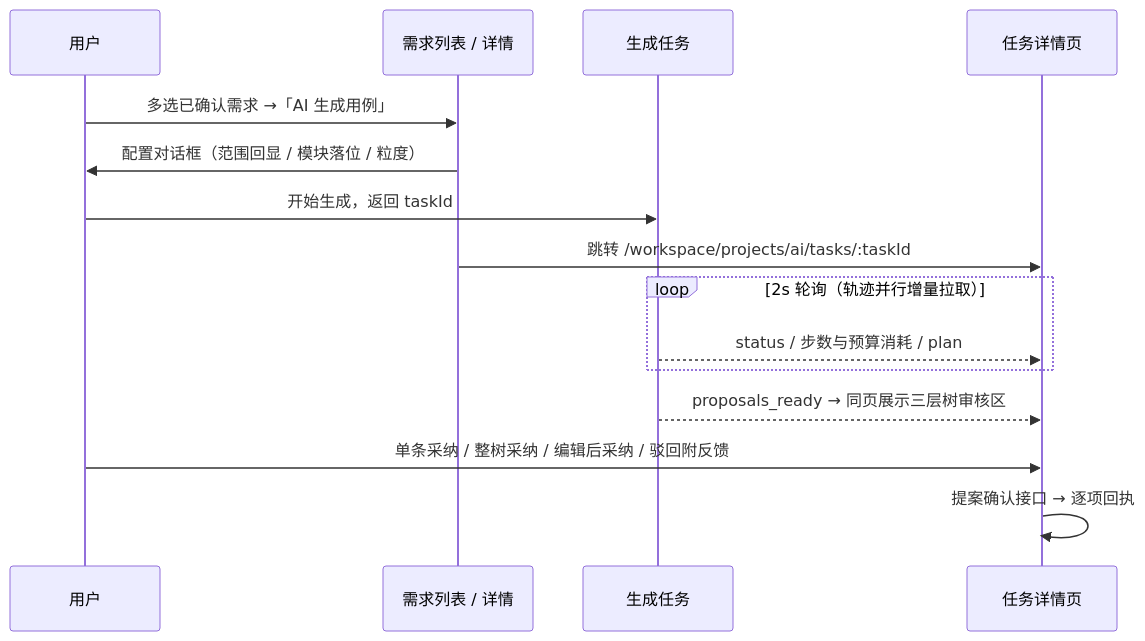
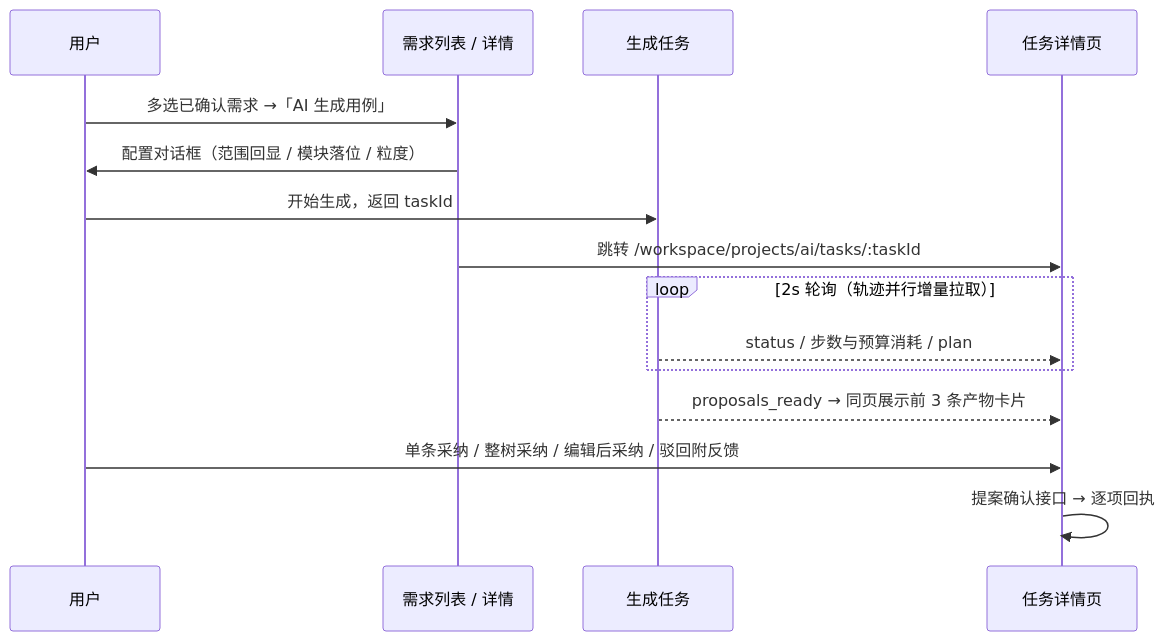
The diagram in docs/05-interaction-design/07-ai-capability/04-ai-generation-ui.md (XiaoMiSum/robotest), drawn with Mermaid before and after one commit. The commit also changed other lines of this file and 2 other files, not shown here.

````diff
--- a/docs/05-interaction-design/07-ai-capability/04-ai-generation-ui.md
+++ b/docs/05-interaction-design/07-ai-capability/04-ai-generation-ui.md
@@ -70,17 +71,17 @@
 ```mermaid
 sequenceDiagram
   participant U as 用户
   participant R as 需求列表 / 详情
   participant G as 生成任务
   participant D as 任务详情页
   U->>R: 多选已确认需求 →「AI 生成用例」
   R->>U: 配置对话框（范围回显 / 模块落位 / 粒度）
   U->>G: 开始生成，返回 taskId
   R->>D: 跳转 /workspace/projects/ai/tasks/:taskId
   loop 2s 轮询（轨迹并行增量拉取）
     G-->>D: status / 步数与预算消耗 / plan
   end
-  G-->>D: proposals_ready → 同页展示三层树审核区
+  G-->>D: proposals_ready → 同页展示前 3 条产物卡片
   U->>D: 单条采纳 / 整树采纳 / 编辑后采纳 / 驳回附反馈
   D->>D: 提案确认接口 → 逐项回执
 ```
````
